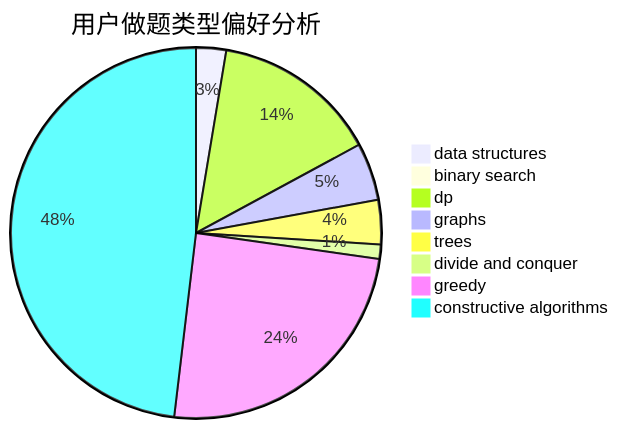
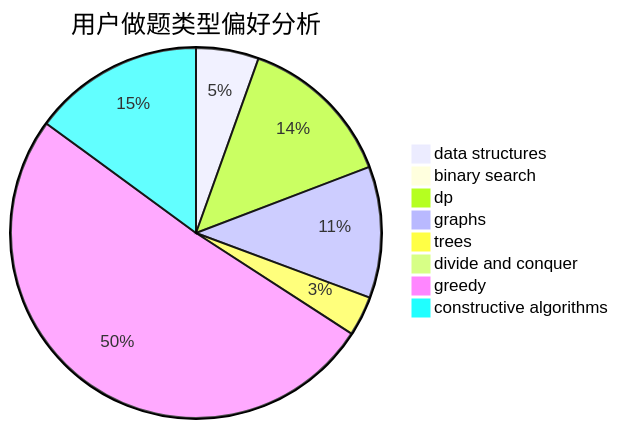
Before and after one commit to sherpahu/cfrs.github.io: the second of 3 diagrams in docs/user/u655.md, drawn with Mermaid. The commit also changed other lines of this file and 2770 other files, not shown here.

````diff
--- a/docs/user/u655.md
+++ b/docs/user/u655.md
@@ -23,11 +23,11 @@
 ```mermaid
 pie title 用户做题类型偏好分析
-    "data structures" :  23
+    "data structures" :  63
     "binary search" :  8
-    "dp" :  127
-    "graphs" :  44
-    "trees" :  34
-    "divide and conquer" :  11
-    "greedy" :  216
-    "constructive algorithms" :  422
+    "dp" :  158
+    "graphs" :  132
+    "trees" :  40
+    "divide and conquer" :  9
+    "greedy" :  586
+    "constructive algorithms" :  172
 ```
````
